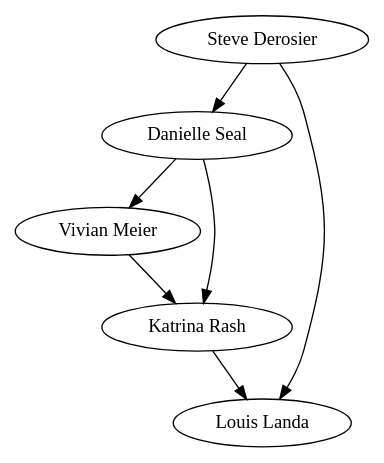
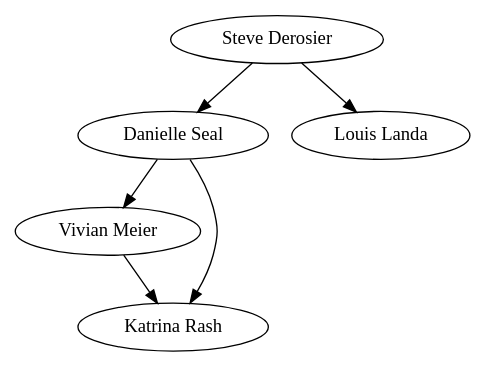
Before and after one commit to junekihong/JumanG: the diagram in dot/turnip_dag.dot, drawn with Graphviz. The commit also changed 1 other file, not shown here.

```diff
--- a/dot/turnip_dag.dot
+++ b/dot/turnip_dag.dot
@@ -1,18 +1,18 @@
 digraph turnipheads {
     Danielle [label="Danielle Seal"]
     Steve [label="Steve Derosier"]
     Louis [label="Louis Landa"]
     Vivian [label="Vivian Meier"]
     Katrina [label="Katrina Rash"]
 
     Steve -> Danielle
     Steve->Louis
     Danielle->Vivian
 
     Danielle->Katrina
 
     Vivian->Katrina
 
-    Katrina->Louis
+//    Katrina->Louis
 
 }
```
